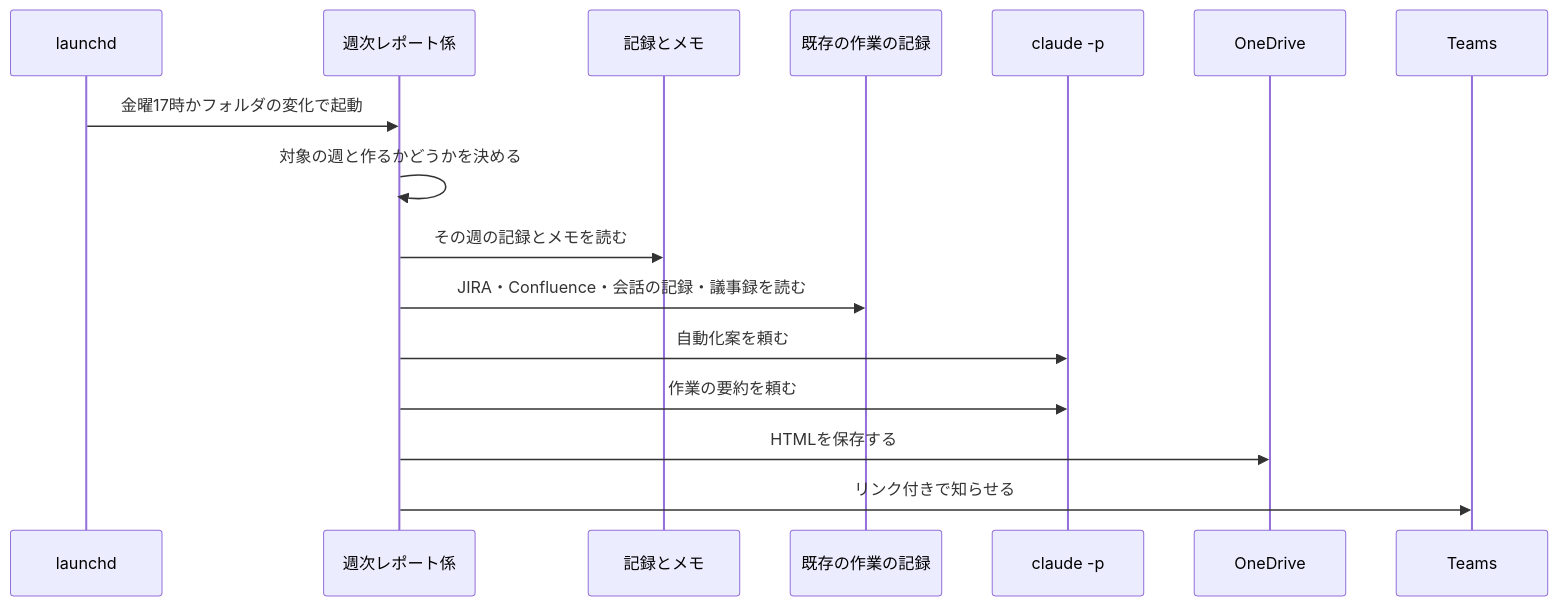
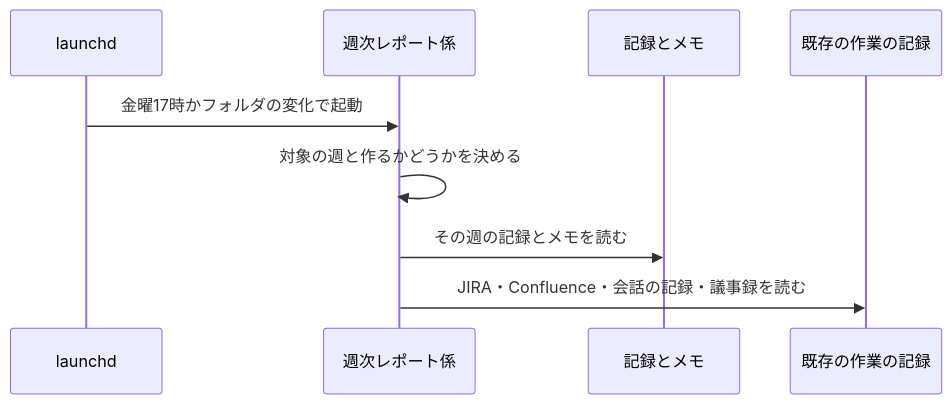
One commit to dnode-ryosuke-yamazaki/study changed the first of 9 diagrams in apps/routine-work-finder/specs/weekly-automation-report/design.md. Above: the diagram before and after it, drawn with Mermaid. The commit also changed other lines of this file and 9 other files, not shown here.

````diff
--- a/apps/routine-work-finder/specs/weekly-automation-report/design.md
+++ b/apps/routine-work-finder/specs/weekly-automation-report/design.md
@@ -55,18 +87,11 @@
 ```mermaid
 sequenceDiagram
     participant L as launchd
     participant W as 週次レポート係
     participant D as 記録とメモ
     participant X as 既存の作業の記録
-    participant C as claude -p
-    participant O as OneDrive
-    participant T as Teams
     L->>W: 金曜17時かフォルダの変化で起動
     W->>W: 対象の週と作るかどうかを決める
     W->>D: その週の記録とメモを読む
     W->>X: JIRA・Confluence・会話の記録・議事録を読む
-    W->>C: 自動化案を頼む
-    W->>C: 作業の要約を頼む
-    W->>O: HTMLを保存する
-    W->>T: リンク付きで知らせる
 ```
````
